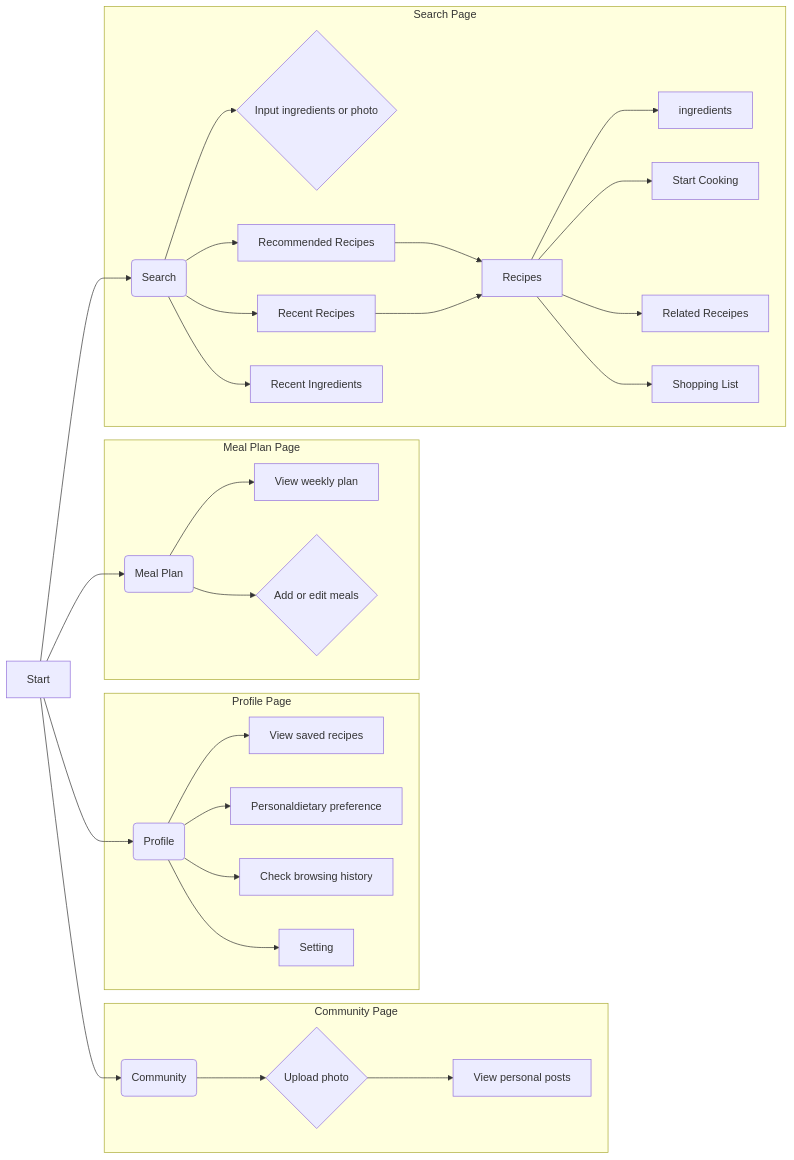
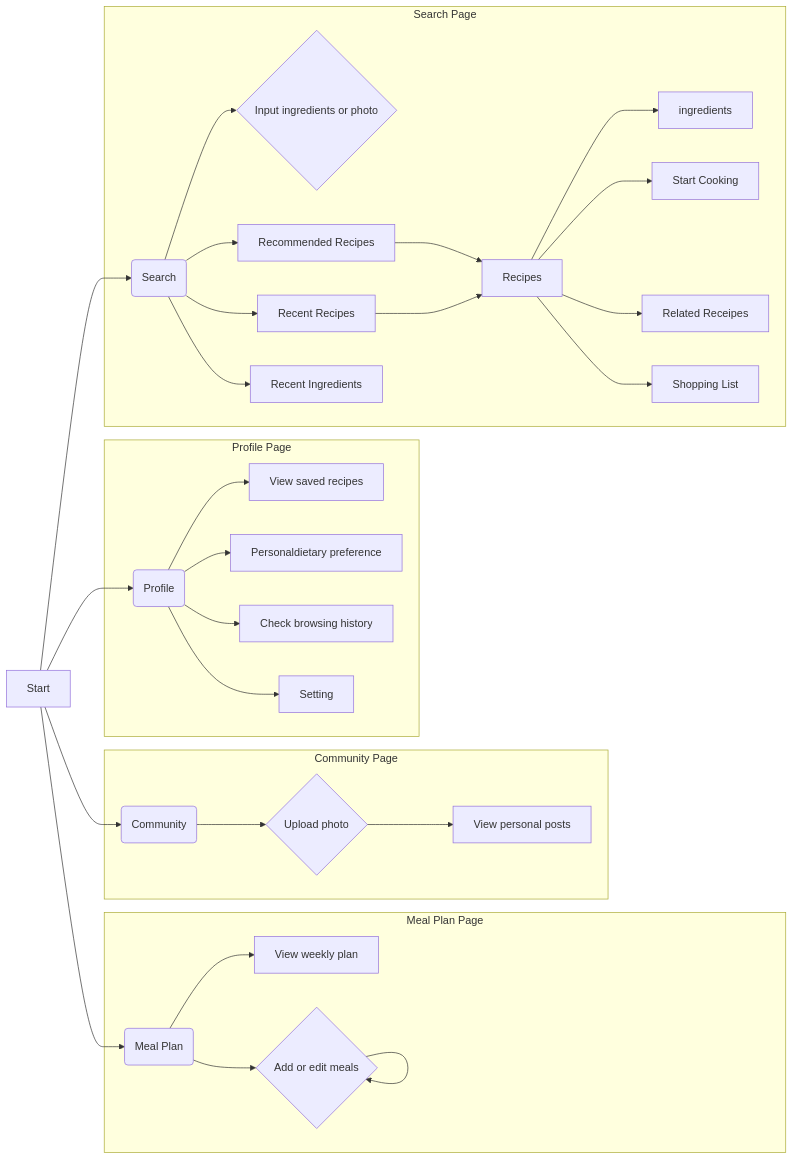
Before and after one commit to seven8301/iodraw-files: the diagram in all/未命名-2.md, drawn with Mermaid.

Commit message:
2025-04-09 20:47:55 update

````diff
--- a/all/未命名-2.md
+++ b/all/未命名-2.md
@@ -1,39 +1,39 @@
 ```mermaid
 graph LR
     A[Start] --> B(Search);
     A --> C(Community);
     A --> D(Meal Plan);
     A --> E(Profile);
 
     
     subgraph "Profile Page"
         E --> L[View saved recipes];
         E --> Q[Personaldietary preference];
         E --> M[Check browsing history];
         E --> P[Setting];
 
         
     end
       subgraph "Meal Plan Page"
         D --> J[View weekly plan];
         D --> K{Add or edit meals};
-        
+        K --> K{Add or edit meals};
 
     end
      subgraph "Community Page"
         C --> H{Upload photo};
         H --> I[View personal posts];
     end
     subgraph "Search Page"
         B --> F{Input ingredients or photo};
         B --> G[Recommended Recipes];
         G --> R[Recipes];
         O --> R[Recipes];
         R --> S[ingredients];
         R --> T[Start Cooking];
         R --> U[Related Receipes];
         R --> V[Shopping List];
         B --> N[Recent Ingredients];
         B --> O[Recent Recipes];
     end
 ```
````
